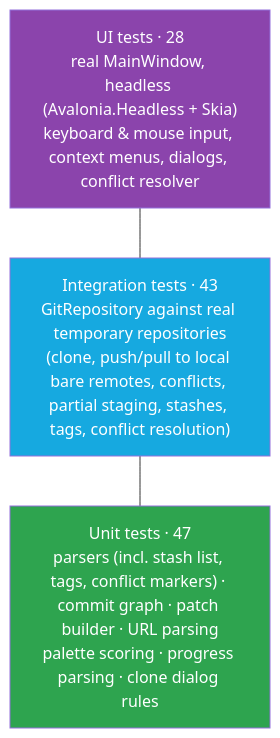
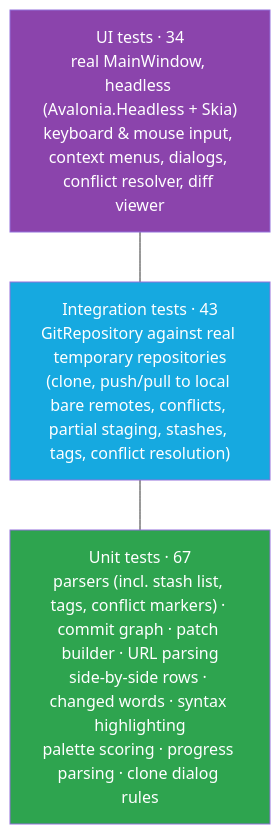
The eighth of 10 diagrams in README.md (mhrezaee/git-hr), drawn with Mermaid before and after one commit. The commit also changed other lines of this file and 16 other files, not shown here.

First line of the commit message:
Add syntax highlighting and a side-by-side diff view

````diff
--- a/README.md
+++ b/README.md
@@ -291,10 +333,10 @@
 ```mermaid
 flowchart TB
-    UI["UI tests · 28<br/>real MainWindow, headless (Avalonia.Headless + Skia)<br/>keyboard & mouse input, context menus, dialogs, conflict resolver"]
+    UI["UI tests · 34<br/>real MainWindow, headless (Avalonia.Headless + Skia)<br/>keyboard & mouse input, context menus, dialogs, conflict resolver, diff viewer"]
     INT["Integration tests · 43<br/>GitRepository against real temporary repositories<br/>(clone, push/pull to local bare remotes, conflicts, partial staging, stashes, tags, conflict resolution)"]
-    UNIT["Unit tests · 47<br/>parsers (incl. stash list, tags, conflict markers) · commit graph · patch builder · URL parsing<br/>palette scoring · progress parsing · clone dialog rules"]
+    UNIT["Unit tests · 67<br/>parsers (incl. stash list, tags, conflict markers) · commit graph · patch builder · URL parsing<br/>side-by-side rows · changed words · syntax highlighting<br/>palette scoring · progress parsing · clone dialog rules"]
     UI --- INT --- UNIT
     style UI fill:#8B44AC,color:#fff
     style INT fill:#16A9E0,color:#fff
     style UNIT fill:#2EA44F,color:#fff
 ```
````
